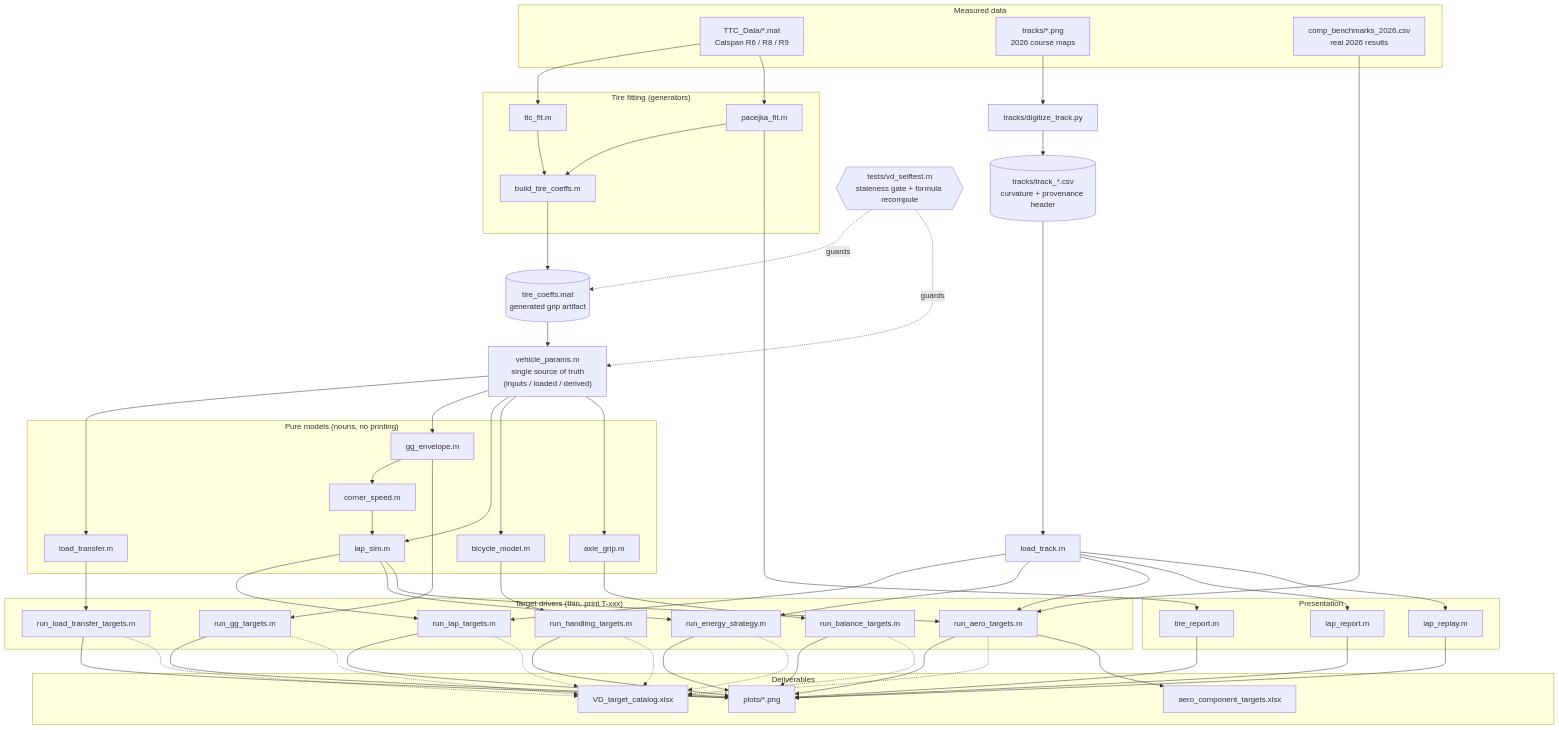
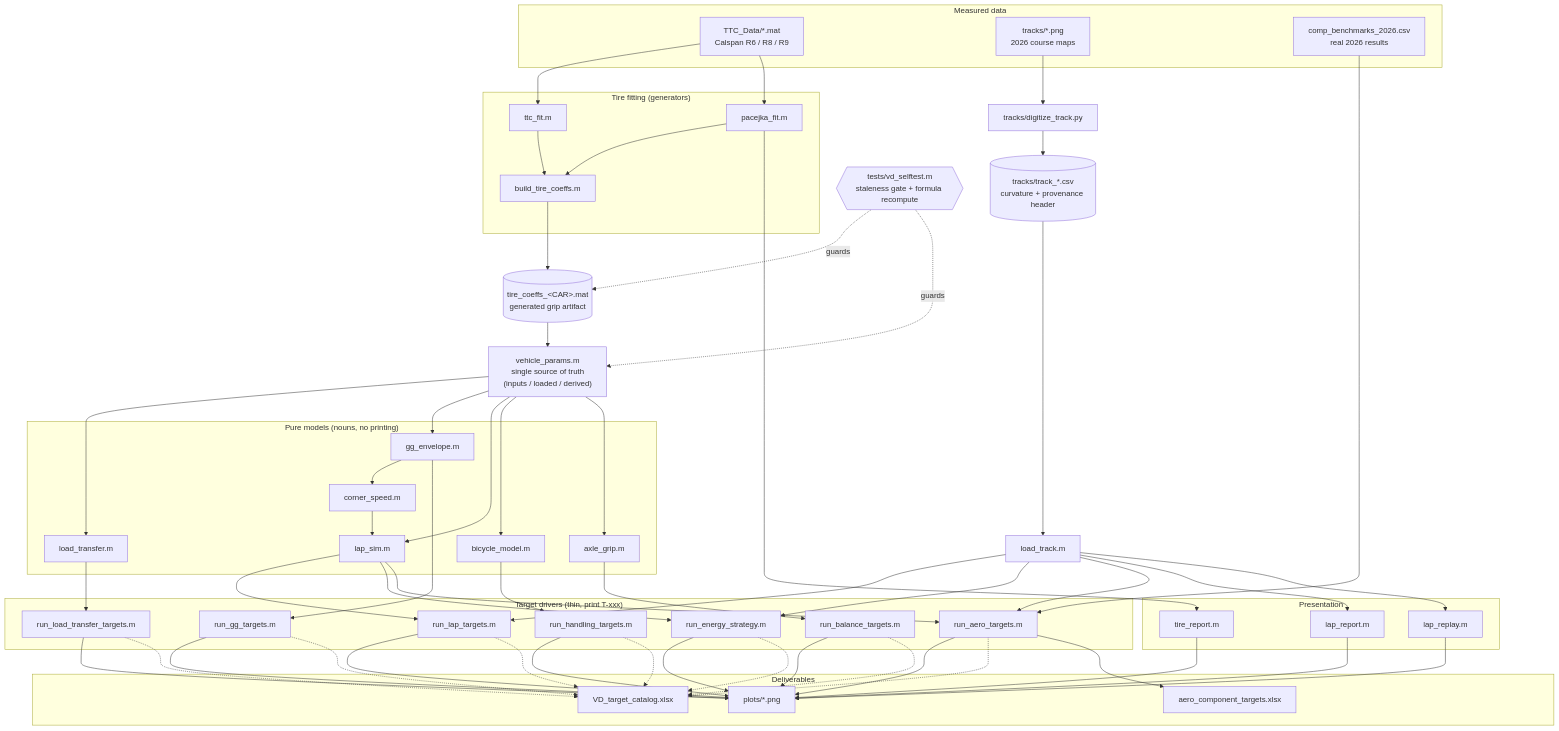
The diagram in references/code_pipeline.mermaid (jadmiraal1/Vehicle-Dynamics-27), drawn with Mermaid before and after one commit. The commit also changed 33 other files, not shown here.

```diff
--- a/references/code_pipeline.mermaid
+++ b/references/code_pipeline.mermaid
@@ -1,83 +1,83 @@
 %% TR26 Vehicle Dynamics — code pipeline
 %% Renders natively on GitHub, or paste into https://mermaid.live
 %% Update this file when the pipeline changes: it versions with the code.
 %% Cylinders = generated files (never hand-edit). Dashed = regression guard.
 
 flowchart TD
     subgraph data["Measured data"]
         TTC["TTC_Data/*.mat<br>Calspan R6 / R8 / R9"]
         PNG["tracks/*.png<br>2026 course maps"]
         BM["comp_benchmarks_2026.csv<br>real 2026 results"]
     end
 
     subgraph fit["Tire fitting (generators)"]
         TF[ttc_fit.m]
         PF[pacejka_fit.m]
         BTC[build_tire_coeffs.m]
     end
-    ART[("tire_coeffs.mat<br>generated grip artifact")]
+    ART[("tire_coeffs_&lt;CAR&gt;.mat<br>generated grip artifact")]
 
     DIG[tracks/digitize_track.py]
     CSV[("tracks/track_*.csv<br>curvature + provenance header")]
     LTK[load_track.m]
 
     VP["vehicle_params.m<br>single source of truth<br>(inputs / loaded / derived)"]
 
     subgraph models["Pure models (nouns, no printing)"]
         LT[load_transfer.m]
         GG[gg_envelope.m]
         CS[corner_speed.m]
         LS[lap_sim.m]
         BIC[bicycle_model.m]
         AX[axle_grip.m]
     end
 
     subgraph drivers["Target drivers (thin, print T-xxx)"]
         R1[run_load_transfer_targets.m]
         R2[run_gg_targets.m]
         R3[run_handling_targets.m]
         R4[run_lap_targets.m]
         R5[run_energy_strategy.m]
         R6[run_aero_targets.m]
         R7[run_balance_targets.m]
     end
 
     subgraph pres["Presentation"]
         TR[tire_report.m]
         LR[lap_report.m]
         RP[lap_replay.m]
     end
 
     subgraph out["Deliverables"]
         PL[plots/*.png]
         CAT[VD_target_catalog.xlsx]
         ACT[aero_component_targets.xlsx]
     end
 
     ST{{"tests/vd_selftest.m<br>staleness gate + formula recompute"}}
 
     TTC --> TF & PF
     TF --> BTC
     PF --> BTC
     BTC --> ART --> VP
     PNG --> DIG --> CSV --> LTK
 
     VP --> LT & GG & LS & BIC & AX
     GG --> CS --> LS
 
     LT --> R1
     GG --> R2
     BIC --> R3
     AX --> R7
     LS --> R4 & R5 & R6
     LTK --> R4 & R5 & R6 & LR & RP
     BM --> R6
     PF --> TR
 
     R1 & R2 & R3 & R4 & R5 & R6 & R7 --> PL
     R1 & R2 & R3 & R4 & R5 & R6 & R7 -.-> CAT
     R6 --> ACT
     TR & LR & RP --> PL
 
     ST -. guards .-> ART
     ST -. guards .-> VP
```
